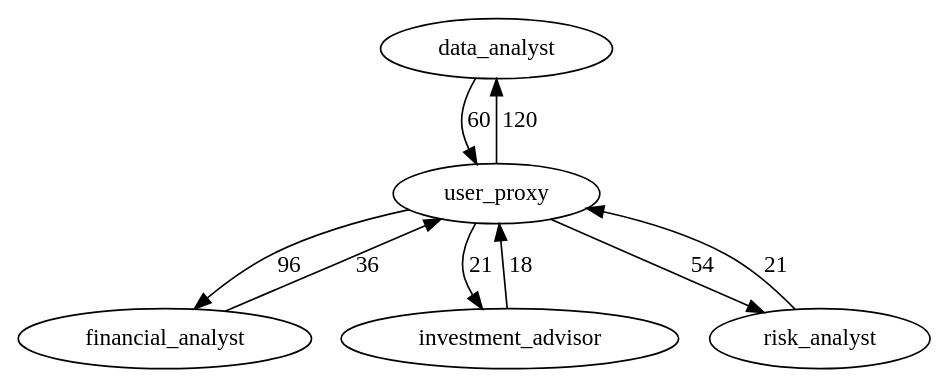
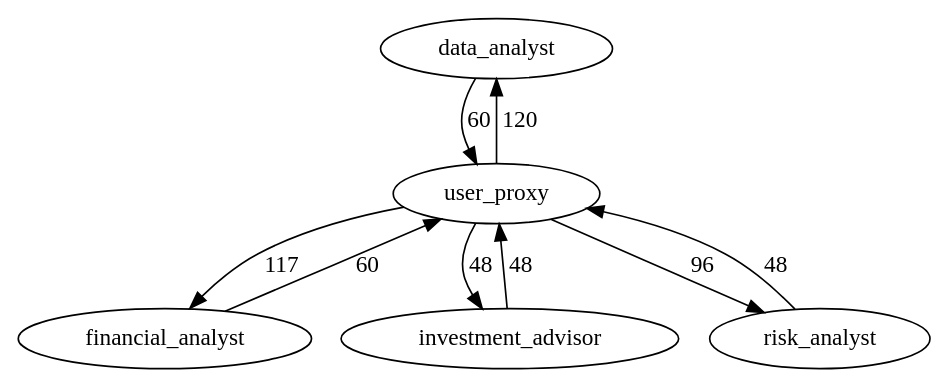
The diagram in outputs/system3_financial_analysis/trace_graph.dot (BzhH7/MASentinel), drawn with Graphviz before and after one commit. The commit also changed 225 other files, not shown here.

```diff
--- a/outputs/system3_financial_analysis/trace_graph.dot
+++ b/outputs/system3_financial_analysis/trace_graph.dot
@@ -1,15 +1,15 @@
 digraph MASentinelTrace {
   "data_analyst" [shape=ellipse];
   "financial_analyst" [shape=ellipse];
   "investment_advisor" [shape=ellipse];
   "risk_analyst" [shape=ellipse];
   "user_proxy" [shape=ellipse];
   "data_analyst" -> "user_proxy" [label="60"];
-  "financial_analyst" -> "user_proxy" [label="36"];
-  "investment_advisor" -> "user_proxy" [label="18"];
-  "risk_analyst" -> "user_proxy" [label="21"];
+  "financial_analyst" -> "user_proxy" [label="60"];
+  "investment_advisor" -> "user_proxy" [label="48"];
+  "risk_analyst" -> "user_proxy" [label="48"];
   "user_proxy" -> "data_analyst" [label="120"];
-  "user_proxy" -> "financial_analyst" [label="96"];
-  "user_proxy" -> "investment_advisor" [label="21"];
-  "user_proxy" -> "risk_analyst" [label="54"];
+  "user_proxy" -> "financial_analyst" [label="117"];
+  "user_proxy" -> "investment_advisor" [label="48"];
+  "user_proxy" -> "risk_analyst" [label="96"];
 }
```
